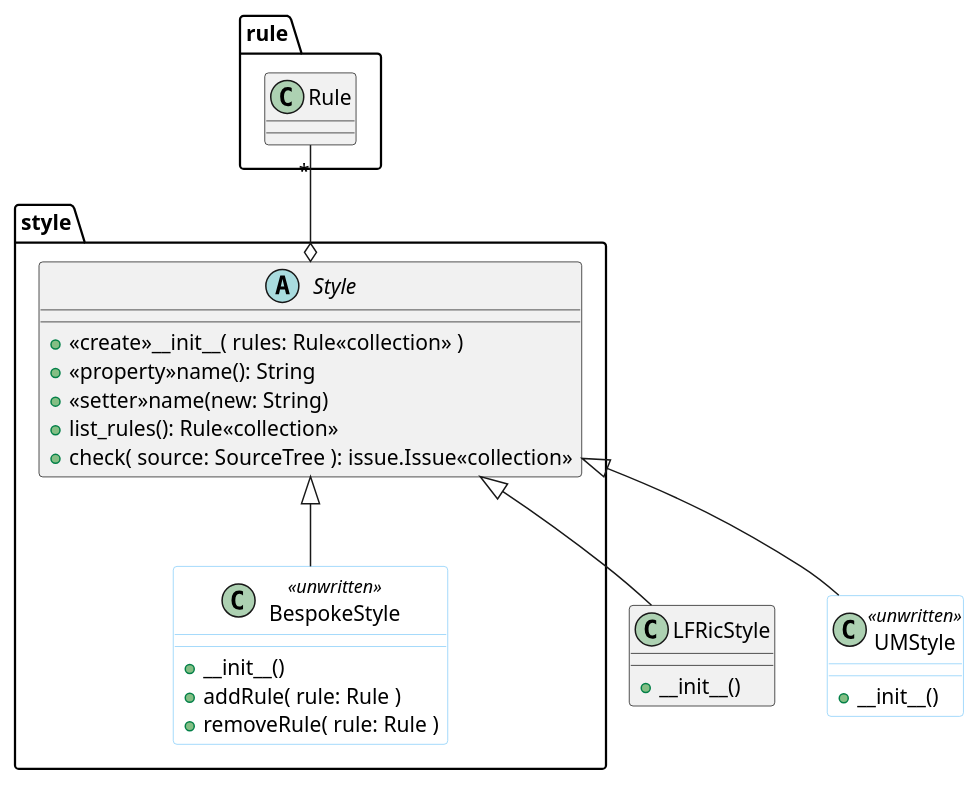
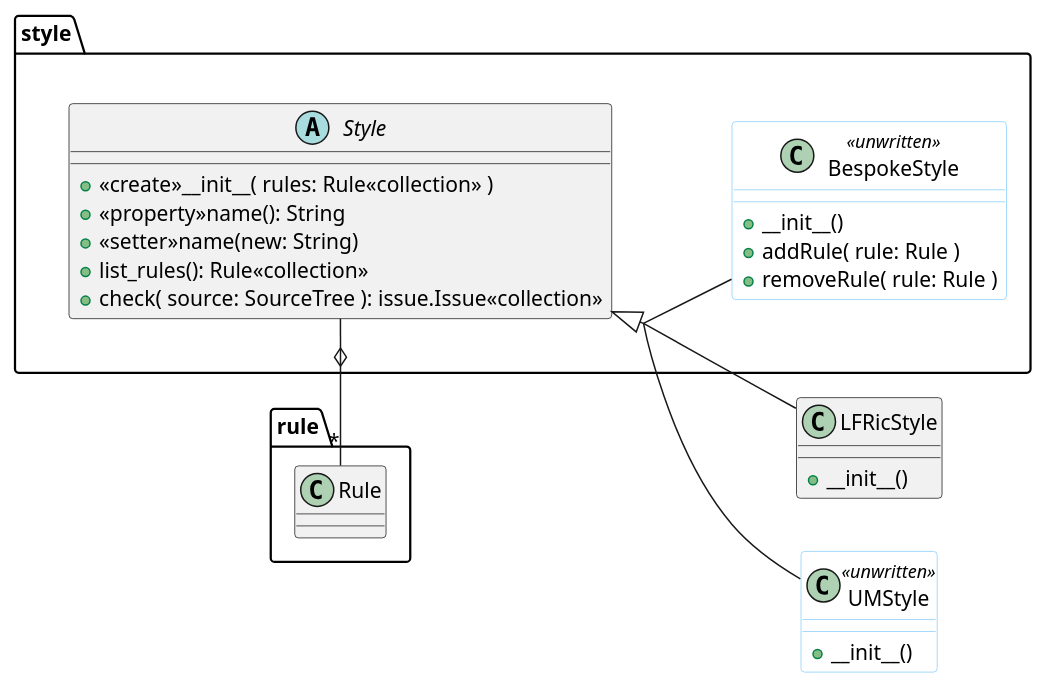
The diagram in documentation/source/developer-information/uml/style_class.puml (MetOffice/stylist), drawn with PlantUML before and after one commit. The commit also changed 5 other files, not shown here.

Commit message:
Improved diagrams.

```diff
--- a/documentation/source/developer-information/uml/style_class.puml
+++ b/documentation/source/developer-information/uml/style_class.puml
@@ -1,30 +1,33 @@
 skinparam class {
     BackgroundColor<<unwritten>> AlliceBlue
     BorderColor<<unwritten>> LightSkyBlue
 }
+skinparam groupInheritance 2
 
-rule.Rule "*" --o style.Style
+left to right direction
+
+rule.Rule "*" -o style.Style
 abstract class style.Style {
     +<<create>>__init__( rules: Rule<<collection>> )
     +<<property>>name(): String
     +<<setter>>name(new: String)
     +list_rules(): Rule<<collection>>
     +check( source: SourceTree ): issue.Issue<<collection>>
     }
 
 class LFRicStyle {
     +__init__()
     }
 style.Style <|-- LFRicStyle
 
 class UMStyle <<unwritten>> {
     +__init__()
     }
 style.Style <|-- UMStyle
 
 class style.BespokeStyle <<unwritten>> {
     +__init__()
     +addRule( rule: Rule )
     +removeRule( rule: Rule )
     }
 style.Style <|-- style.BespokeStyle
```
